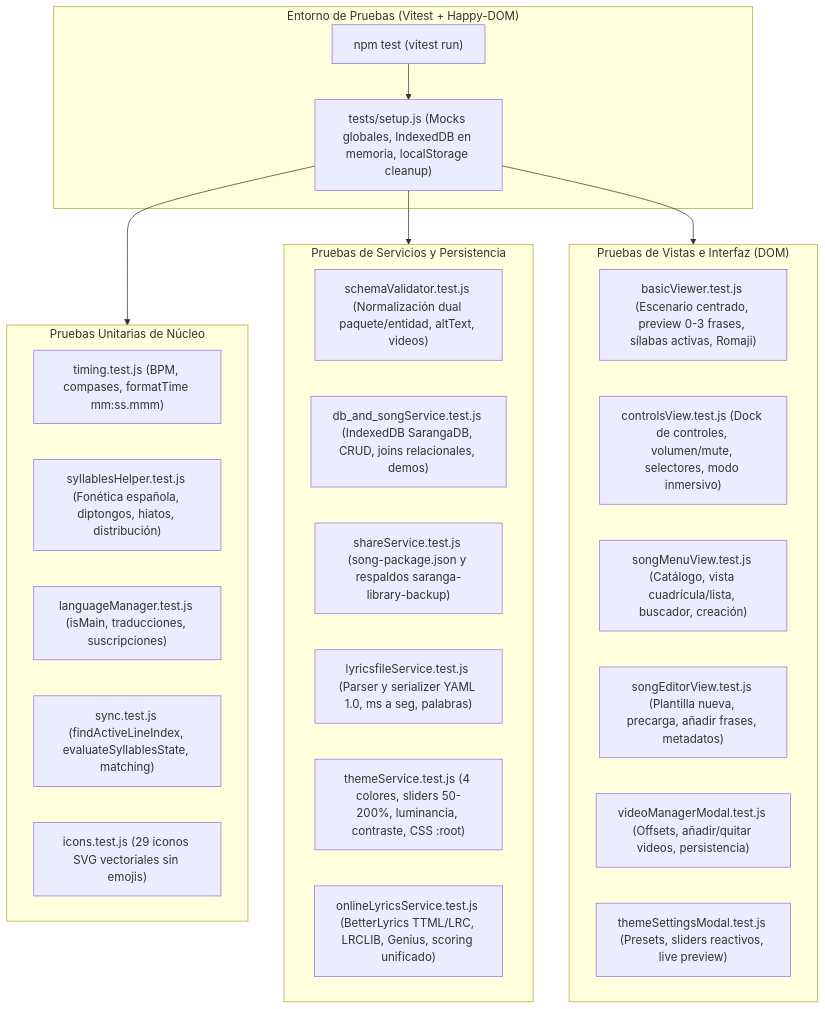
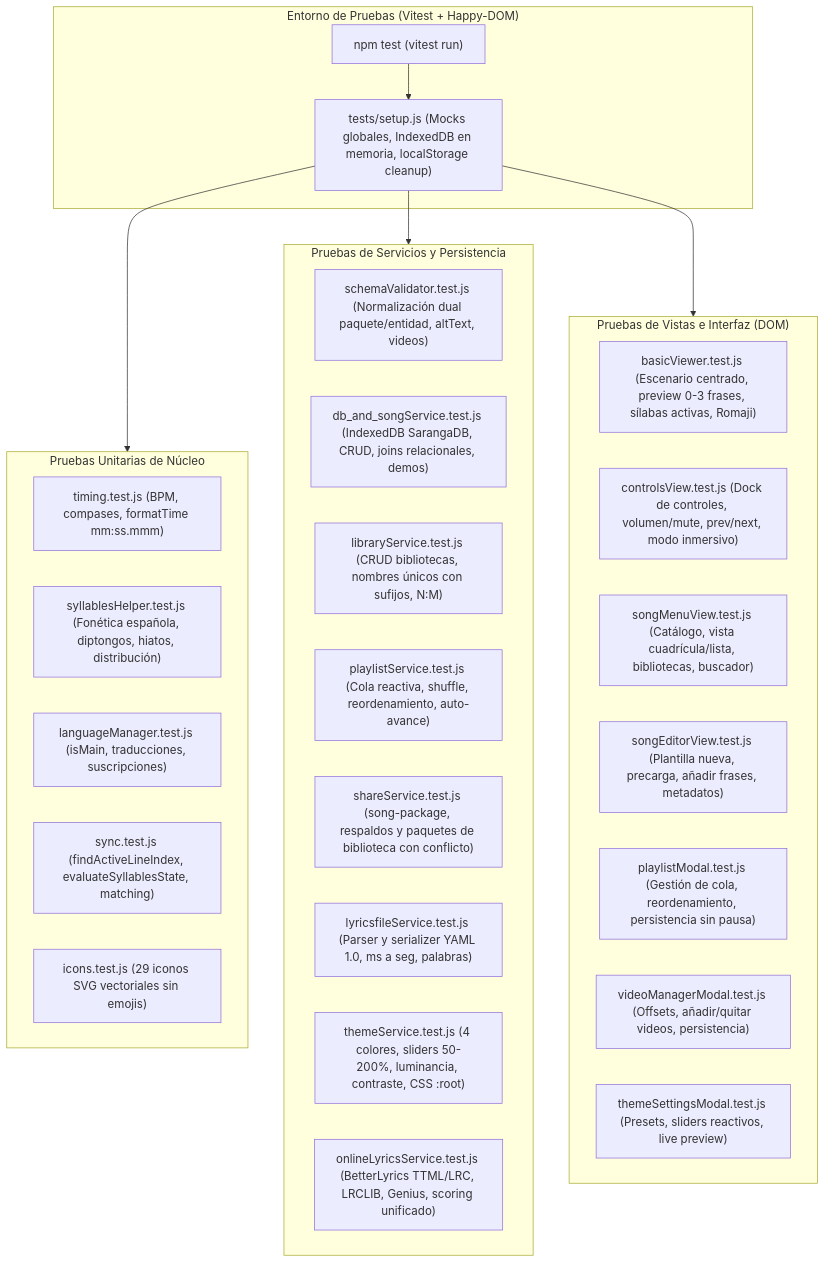
The second of 3 diagrams in design.md (LeaMesi/LeaMesi.github.io), drawn with Mermaid before and after one commit. The commit also changed other lines of this file and 15 other files, not shown here.

````diff
--- a/design.md
+++ b/design.md
@@ -683,38 +697,41 @@
 ```mermaid
 graph TD
     subgraph TestRunner ["Entorno de Pruebas (Vitest + Happy-DOM)"]
         TestSetup["tests/setup.js (Mocks globales, IndexedDB en memoria, localStorage cleanup)"]
         RunnerCLI["npm test (vitest run)"]
     end
 
     subgraph UnitSuites ["Pruebas Unitarias de Núcleo"]
         TimingTest["timing.test.js (BPM, compases, formatTime mm:ss.mmm)"]
         SyllablesTest["syllablesHelper.test.js (Fonética española, diptongos, hiatos, distribución)"]
         LanguageTest["languageManager.test.js (isMain, traducciones, suscripciones)"]
         SyncTest["sync.test.js (findActiveLineIndex, evaluateSyllablesState, matching)"]
         IconsTest["icons.test.js (29 iconos SVG vectoriales sin emojis)"]
     end
 
     subgraph ServiceSuites ["Pruebas de Servicios y Persistencia"]
         SchemaTest["schemaValidator.test.js (Normalización dual paquete/entidad, altText, videos)"]
         DBTest["db_and_songService.test.js (IndexedDB SarangaDB, CRUD, joins relacionales, demos)"]
-        ShareTest["shareService.test.js (song-package.json y respaldos saranga-library-backup)"]
+        LibraryTest["libraryService.test.js (CRUD bibliotecas, nombres únicos con sufijos, N:M)"]
+        PlaylistTest["playlistService.test.js (Cola reactiva, shuffle, reordenamiento, auto-avance)"]
+        ShareTest["shareService.test.js (song-package, respaldos y paquetes de biblioteca con conflicto)"]
         LyricsfileTest["lyricsfileService.test.js (Parser y serializer YAML 1.0, ms a seg, palabras)"]
         ThemeTest["themeService.test.js (4 colores, sliders 50-200%, luminancia, contraste, CSS :root)"]
         OnlineTest["onlineLyricsService.test.js (BetterLyrics TTML/LRC, LRCLIB, Genius, scoring unificado)"]
     end
 
     subgraph ViewSuites ["Pruebas de Vistas e Interfaz (DOM)"]
         BasicViewerTest["basicViewer.test.js (Escenario centrado, preview 0-3 frases, sílabas activas, Romaji)"]
-        ControlsViewTest["controlsView.test.js (Dock de controles, volumen/mute, selectores, modo inmersivo)"]
-        SongMenuViewTest["songMenuView.test.js (Catálogo, vista cuadrícula/lista, buscador, creación)"]
+        ControlsViewTest["controlsView.test.js (Dock de controles, volumen/mute, prev/next, modo inmersivo)"]
+        SongMenuViewTest["songMenuView.test.js (Catálogo, vista cuadrícula/lista, bibliotecas, buscador)"]
         SongEditorTest["songEditorView.test.js (Plantilla nueva, precarga, añadir frases, metadatos)"]
+        PlaylistModalTest["playlistModal.test.js (Gestión de cola, reordenamiento, persistencia sin pausa)"]
         VideoModalTest["videoManagerModal.test.js (Offsets, añadir/quitar videos, persistencia)"]
         ThemeModalTest["themeSettingsModal.test.js (Presets, sliders reactivos, live preview)"]
     end
 
     RunnerCLI --> TestSetup
     TestSetup --> UnitSuites
     TestSetup --> ServiceSuites
     TestSetup --> ViewSuites
 ```
````
